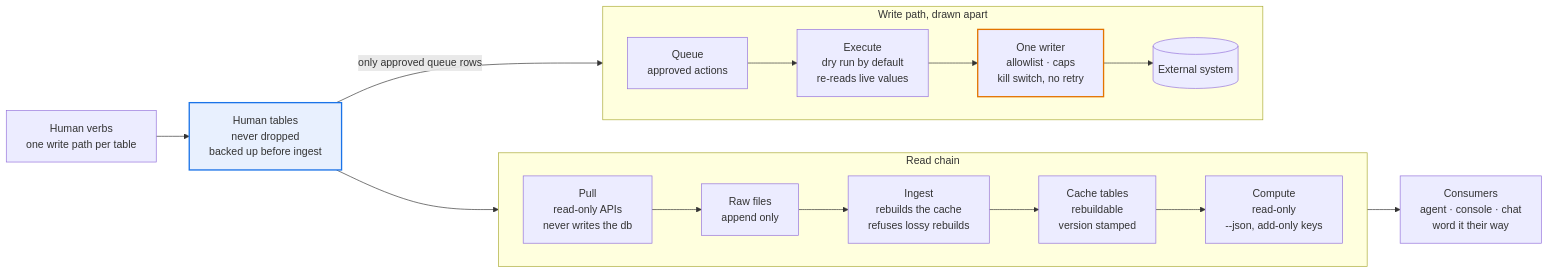
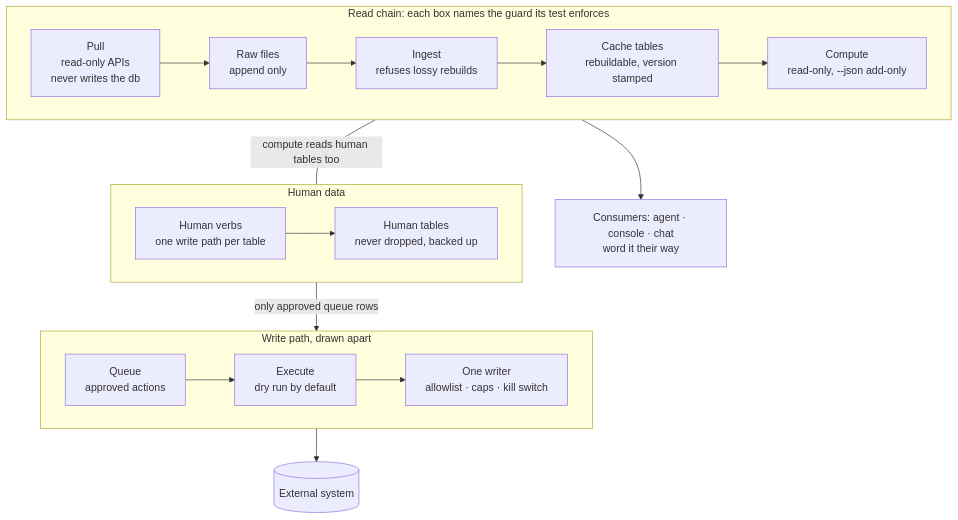
One commit to thaddeus-growth/Agent-Harness-playbook changed the fifth of 6 diagrams in README.md. Above: the diagram before and after it, drawn with Mermaid. The commit also changed other lines of this file, not shown here.

Commit message:
README: trust and data-layer diagrams in stacked rows

````diff
--- a/README.md
+++ b/README.md
@@ -124,17 +126,19 @@
 ```mermaid
-flowchart LR
-    subgraph Read["Read chain"]
+flowchart TB
+    subgraph Read["Read chain: each box names the guard its test enforces"]
       direction LR
-      PU["Pull<br/>read-only APIs<br/>never writes the db"] --> RAW["Raw files<br/>append only"] --> IN["Ingest<br/>rebuilds the cache<br/>refuses lossy rebuilds"] --> CA["Cache tables<br/>rebuildable<br/>version stamped"] --> CO["Compute<br/>read-only<br/>--json, add-only keys"]
+      PU["Pull<br/>read-only APIs<br/>never writes the db"] --> RAW["Raw files<br/>append only"] --> IN["Ingest<br/>refuses lossy rebuilds"] --> CA["Cache tables<br/>rebuildable, version stamped"] --> CO["Compute<br/>read-only, --json add-only"]
     end
-    HV["Human verbs<br/>one write path per table"] --> HT["Human tables<br/>never dropped<br/>backed up before ingest"]:::owner
-    HT --> CO
-    CO --> CS["Consumers<br/>agent · console · chat<br/>word it their way"]
+    subgraph Human["Human data"]
+      direction LR
+      HV["Human verbs<br/>one write path per table"] --> HT["Human tables<br/>never dropped, backed up"]
+    end
     subgraph Write["Write path, drawn apart"]
       direction LR
-      Q["Queue<br/>approved actions"] --> E["Execute<br/>dry run by default<br/>re-reads live values"] --> OW["One writer<br/>allowlist · caps<br/>kill switch, no retry"]:::off --> EXT[(External system)]
+      Q["Queue<br/>approved actions"] --> E["Execute<br/>dry run by default"] --> OW["One writer<br/>allowlist · caps · kill switch"]
     end
-    HT -- "only approved queue rows" --> Q
-    classDef owner fill:#e8f0fe,stroke:#1a73e8,stroke-width:2px
-    classDef off stroke:#e37400,stroke-width:2px
+    Read -- "compute reads human tables too" --- Human
+    Read --> CS["Consumers: agent · console · chat<br/>word it their way"]
+    Human -- "only approved queue rows" --> Write
+    Write --> EXT[(External system)]
 ```
````
